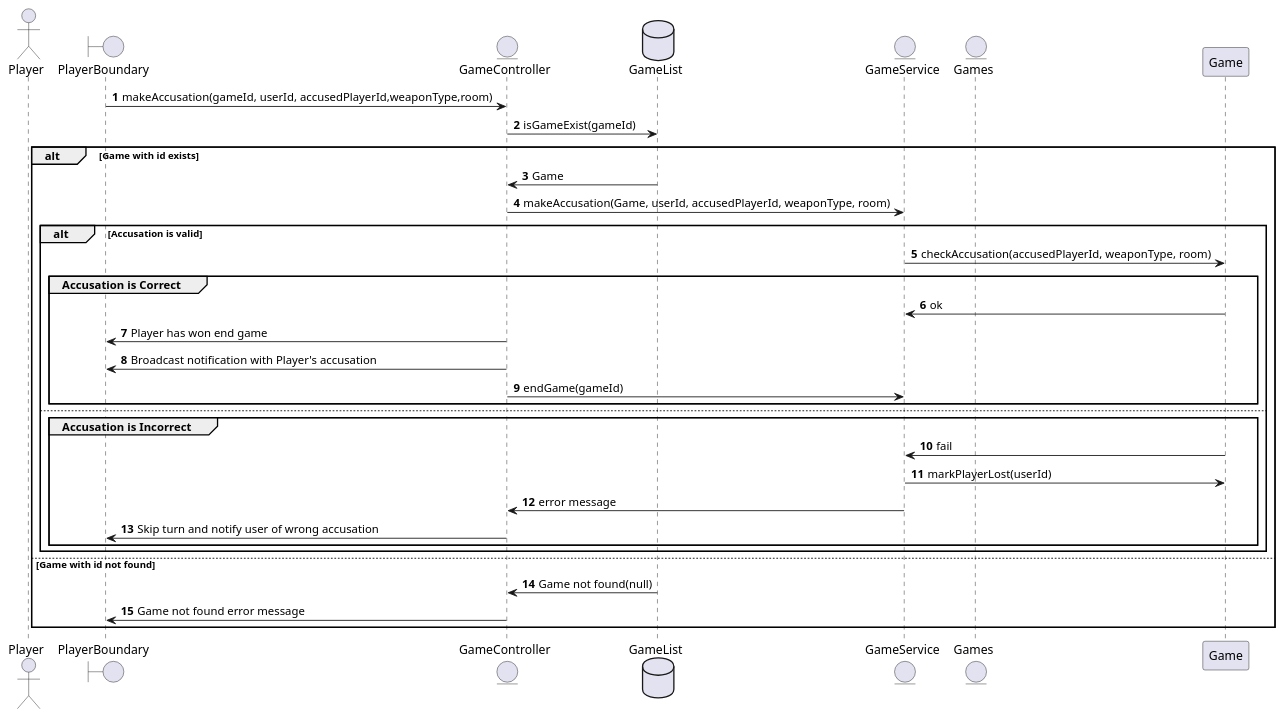
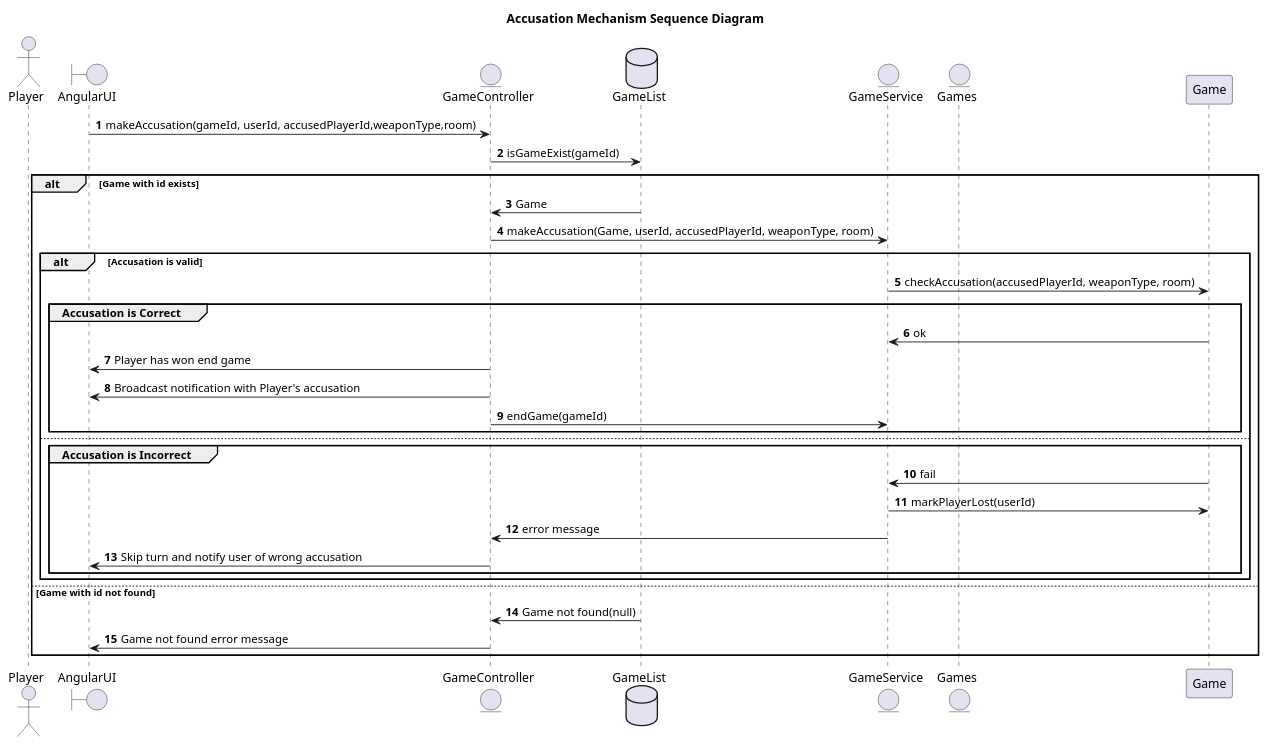
Before and after one commit to gurmsc5/Clue-Less: the diagram in clue-less-backend/player_accusation.puml, drawn with PlantUML. The commit also changed 6 other files, not shown here.

Commit message:
Added titles for all UML seq diagrams

```diff
--- a/clue-less-backend/player_accusation.puml
+++ b/clue-less-backend/player_accusation.puml
@@ -1,37 +1,39 @@
 @startuml
+
+title Accusation Mechanism Sequence Diagram
 
 autonumber
 actor Player
-boundary PlayerBoundary
+boundary AngularUI
 entity GameController
 
-PlayerBoundary -> GameController: makeAccusation(gameId, userId, accusedPlayerId,weaponType,room)
+AngularUI -> GameController: makeAccusation(gameId, userId, accusedPlayerId,weaponType,room)
 database GameList
 entity GameService
 entity Games
 GameController -> GameList: isGameExist(gameId)
 
 alt Game with id exists
     GameList -> GameController: Game
     GameController -> GameService: makeAccusation(Game, userId, accusedPlayerId, weaponType, room)
     alt Accusation is valid
         GameService-> Game: checkAccusation(accusedPlayerId, weaponType, room)
         group Accusation is Correct
             Game -> GameService: ok
-            GameController -> PlayerBoundary: Player has won end game
-            GameController -> PlayerBoundary: Broadcast notification with Player's accusation
+            GameController -> AngularUI: Player has won end game
+            GameController -> AngularUI: Broadcast notification with Player's accusation
             GameController -> GameService: endGame(gameId)
         end
     else
         group Accusation is Incorrect
             Game -> GameService: fail
             GameService -> Game: markPlayerLost(userId)
             GameService -> GameController: error message
-            GameController -> PlayerBoundary: Skip turn and notify user of wrong accusation
+            GameController -> AngularUI: Skip turn and notify user of wrong accusation
         end
     end
 else Game with id not found
     GameList -> GameController: Game not found(null)
-    GameController -> PlayerBoundary: Game not found error message
+    GameController -> AngularUI: Game not found error message
 end
 @enduml
```
